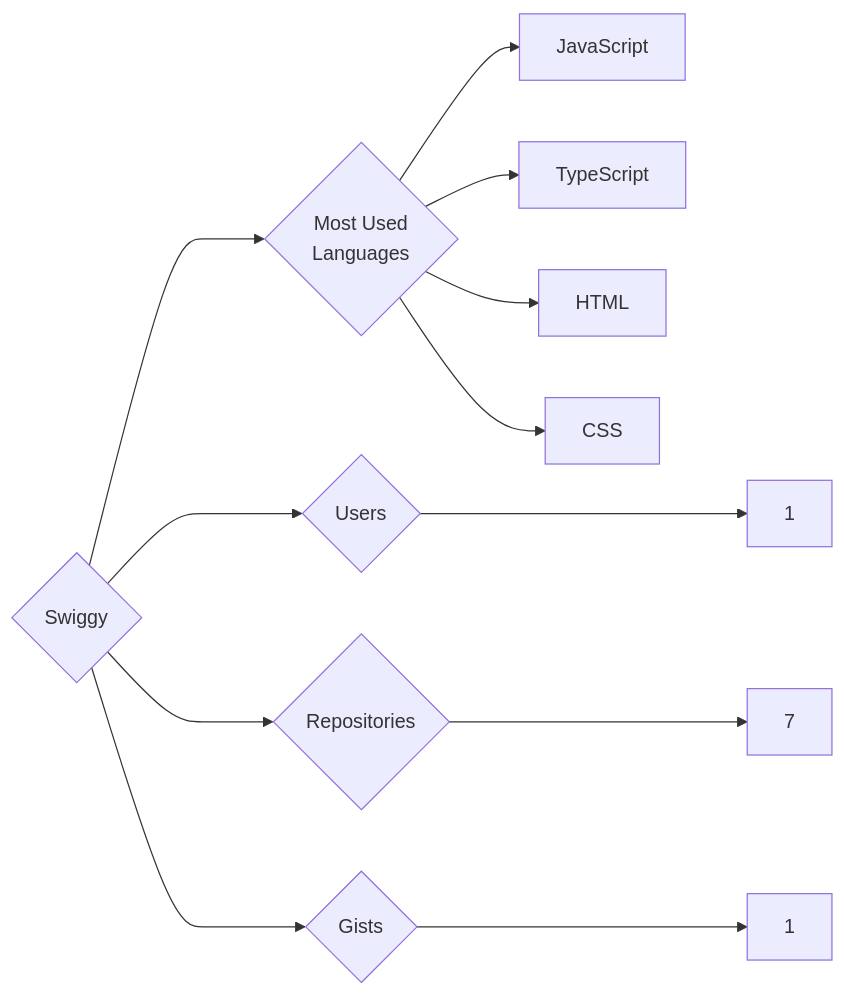
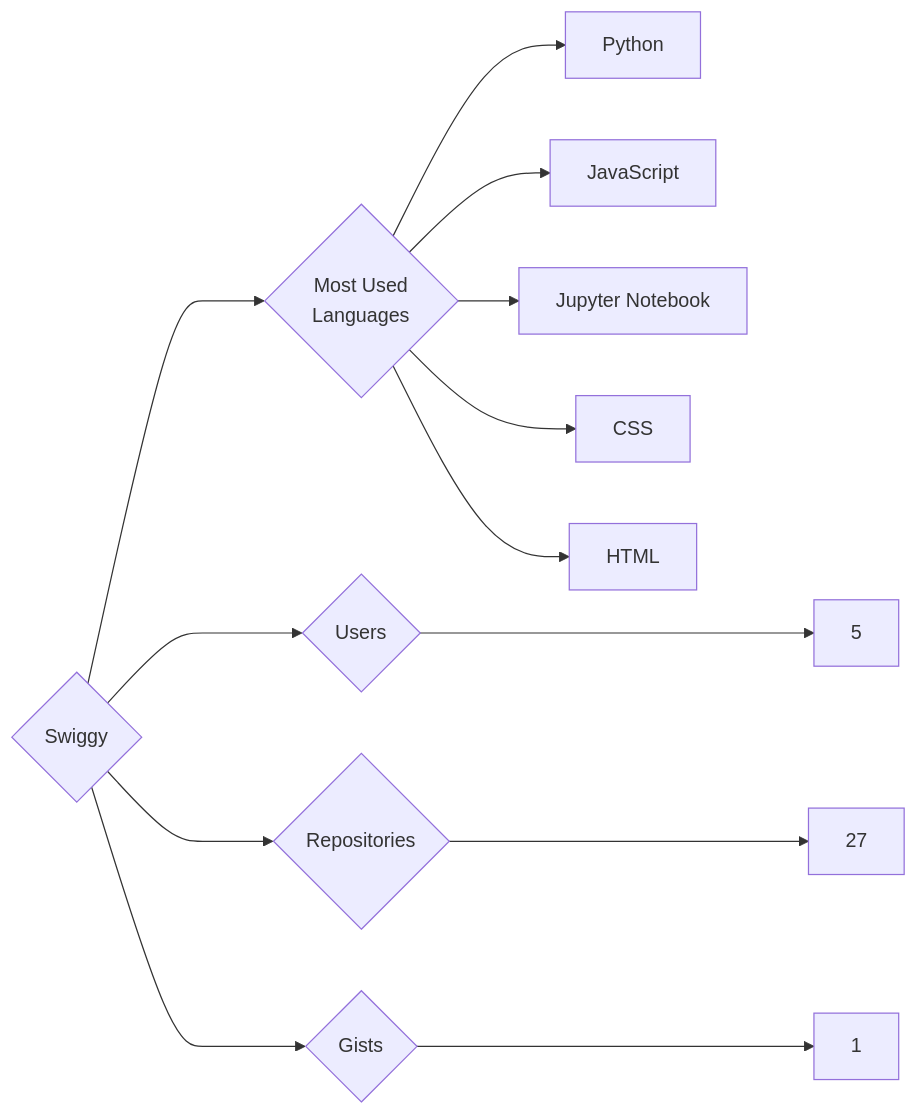
The diagram in targets/Swiggy/README.md (trickest/insiders), drawn with Mermaid before and after one commit. The commit also changed 815 other files, not shown here.

````diff
--- a/targets/Swiggy/README.md
+++ b/targets/Swiggy/README.md
@@ -3,12 +3,13 @@
 ```mermaid
 graph LR
 COMPANY_NAME{Swiggy}
-COMPANY_NAME ---> U{Users} ---> UN[1]
-COMPANY_NAME ---> R{Repositories} ---> RN[7]
+COMPANY_NAME ---> U{Users} ---> UN[5]
+COMPANY_NAME ---> R{Repositories} ---> RN[27]
 COMPANY_NAME ---> G{Gists} ---> GN[1]
 COMPANY_NAME ---> ML{Most Used<br>Languages}
+ML --> Python[Python]
 ML --> JavaScript[JavaScript]
-ML --> TypeScript[TypeScript]
+ML --> Jupyter_Notebook[Jupyter Notebook]
+ML --> CSS[CSS]
 ML --> HTML[HTML]
-ML --> CSS[CSS]
 ```
````
